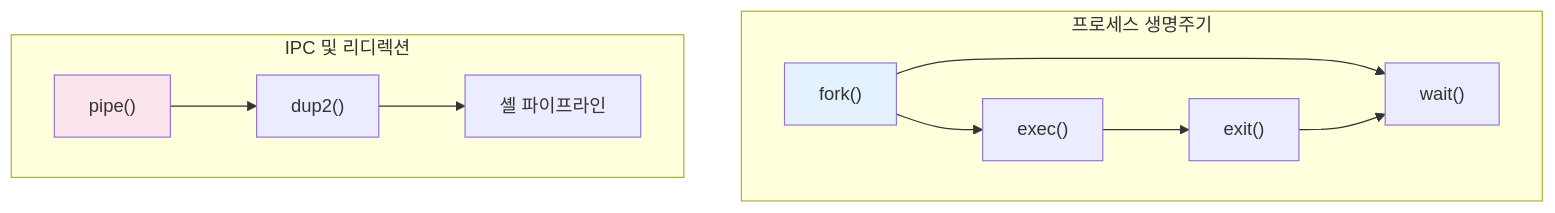
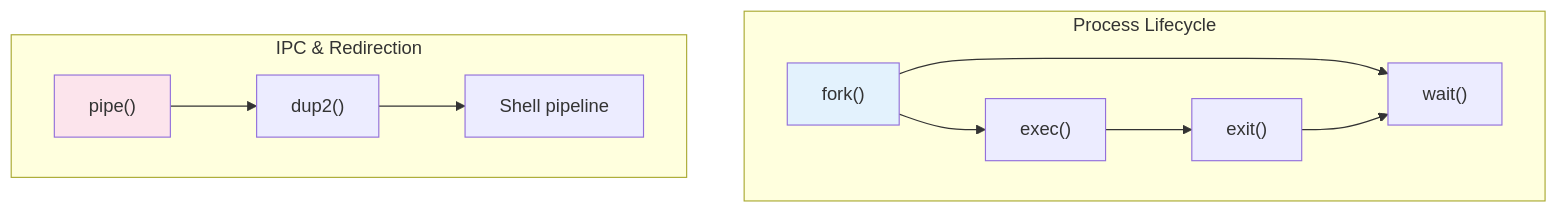
Before and after one commit to Choroning/26Spring_Operating-Systems: the seventh of 7 diagrams in W02_Process-1/Concepts-Lab.md, drawn with Mermaid. The commit also changed other lines of this file and 22 other files, not shown here.

````diff
--- a/W02_Process-1/Concepts-Lab.md
+++ b/W02_Process-1/Concepts-Lab.md
@@ -231,15 +231,15 @@
 ```mermaid
 graph TD
-    subgraph "프로세스 생명주기"
+    subgraph "Process Lifecycle"
         F["fork()"] --> E["exec()"]
         F --> W["wait()"]
         E --> X["exit()"]
         X --> W
     end
-    subgraph "IPC 및 리디렉션"
+    subgraph "IPC & Redirection"
         P["pipe()"] --> D["dup2()"]
-        D --> SH["셸 파이프라인"]
+        D --> SH["Shell pipeline"]
     end
     style F fill:#e3f2fd
     style P fill:#fce4ec
 ```
````
